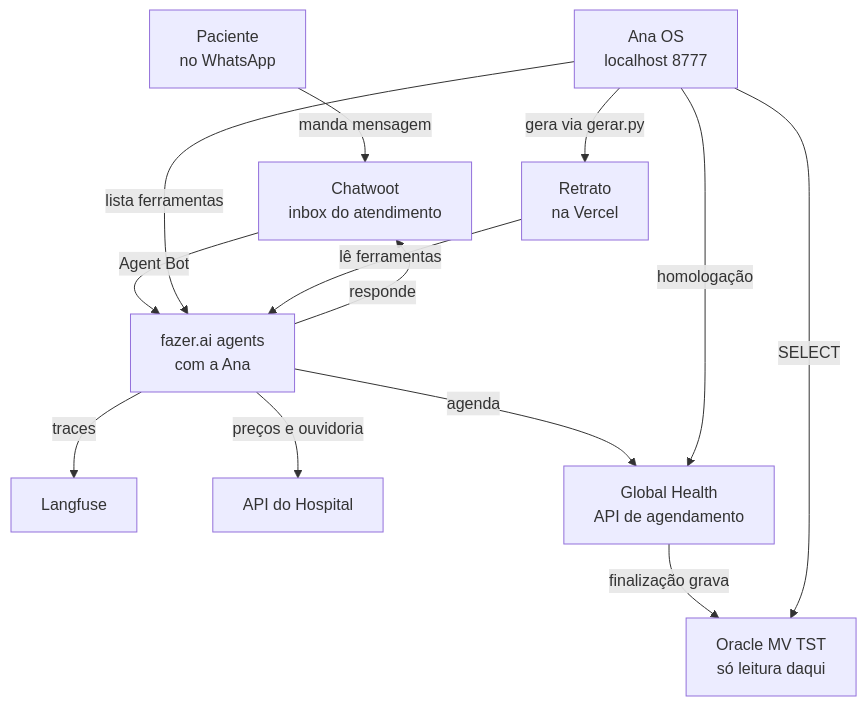
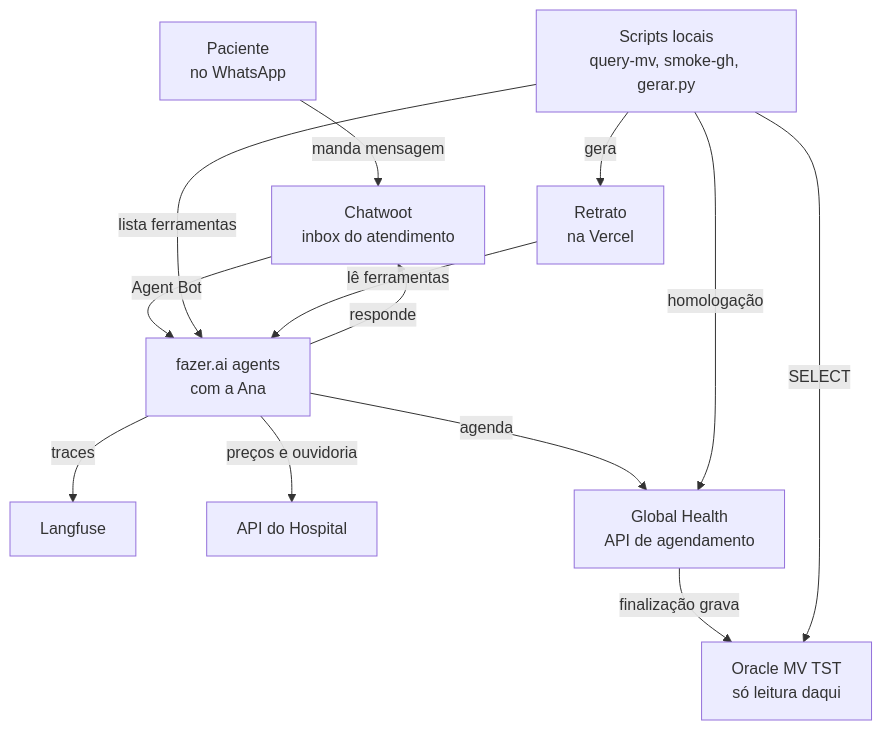
Before and after one commit to pedrorezendefig/programa-ana: the diagram in docs/spec/snapshots/FLUXOGRAMAS.md, drawn with Mermaid. The commit also changed other lines of this file and 113 other files, not shown here.

````diff
--- a/docs/spec/snapshots/FLUXOGRAMAS.md
+++ b/docs/spec/snapshots/FLUXOGRAMAS.md
@@ -9,15 +9,15 @@
 ```mermaid
 flowchart TD
     PAC[Paciente<br/>no WhatsApp] -- manda mensagem --> CW[Chatwoot<br/>inbox do atendimento]
     CW -- Agent Bot --> ANA[fazer.ai agents<br/>com a Ana]
     ANA -- responde --> CW
     ANA -- traces --> LF[Langfuse]
     ANA -- preços e ouvidoria --> APIH[API do Hospital]
     ANA -- agenda --> GH[Global Health<br/>API de agendamento]
     GH -- finalização grava --> MV[Oracle MV TST<br/>só leitura daqui]
-    OS[Ana OS<br/>localhost 8777] -- homologação --> GH
-    OS -- SELECT --> MV
-    OS -- lista ferramentas --> ANA
-    OS -- gera via gerar.py --> RET[Retrato<br/>na Vercel]
+    SCR[Scripts locais<br/>query-mv, smoke-gh, gerar.py] -- homologação --> GH
+    SCR -- SELECT --> MV
+    SCR -- lista ferramentas --> ANA
+    SCR -- gera --> RET[Retrato<br/>na Vercel]
     RET -- lê ferramentas --> ANA
 ```
````
